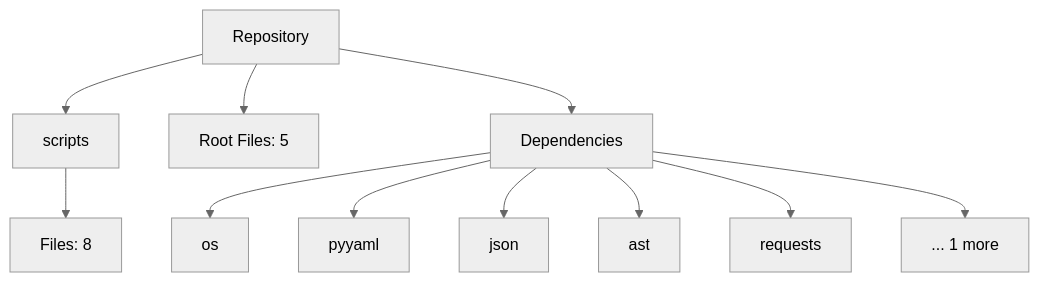
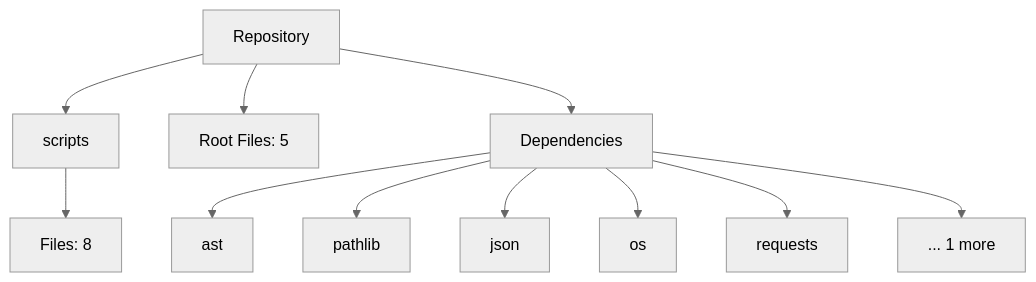
The diagram in README.md (NITISH-R-G/Smart-Task-Tracker-macOS-Dark-Edition-), drawn with Mermaid (neutral theme) before and after one commit. The commit also changed 4 other files, not shown here.

Commit message:
docs(auto): Automatically update repository architecture and README

````diff
--- a/README.md
+++ b/README.md
@@ -17,15 +17,15 @@
 ```mermaid
 graph TD
     Root[Repository]
     Root --> scripts[scripts]
     scripts --> scripts_files[Files: 8]
     Root --> Root_files[Root Files: 5]
     Root --> Deps[Dependencies]
+    Deps --> ast[ast]
+    Deps --> pathlib[pathlib]
+    Deps --> json[json]
     Deps --> os[os]
-    Deps --> pyyaml[pyyaml]
-    Deps --> json[json]
-    Deps --> ast[ast]
     Deps --> requests[requests]
     Deps --> MoreDeps[... 1 more]
 
 ```
````
